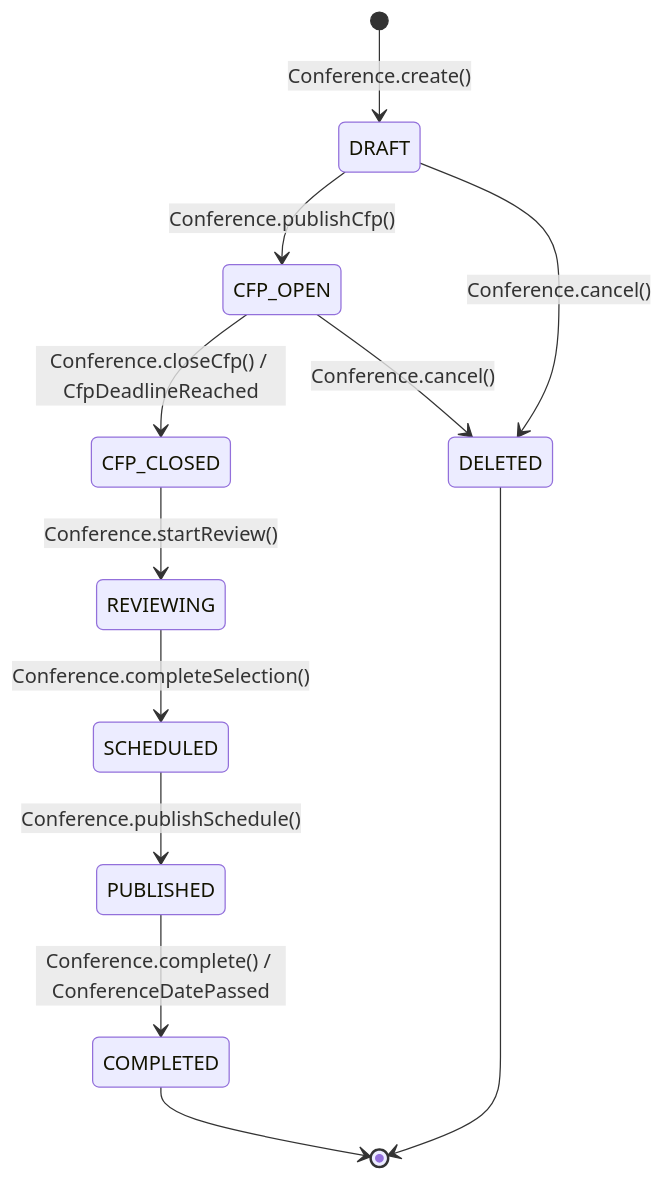
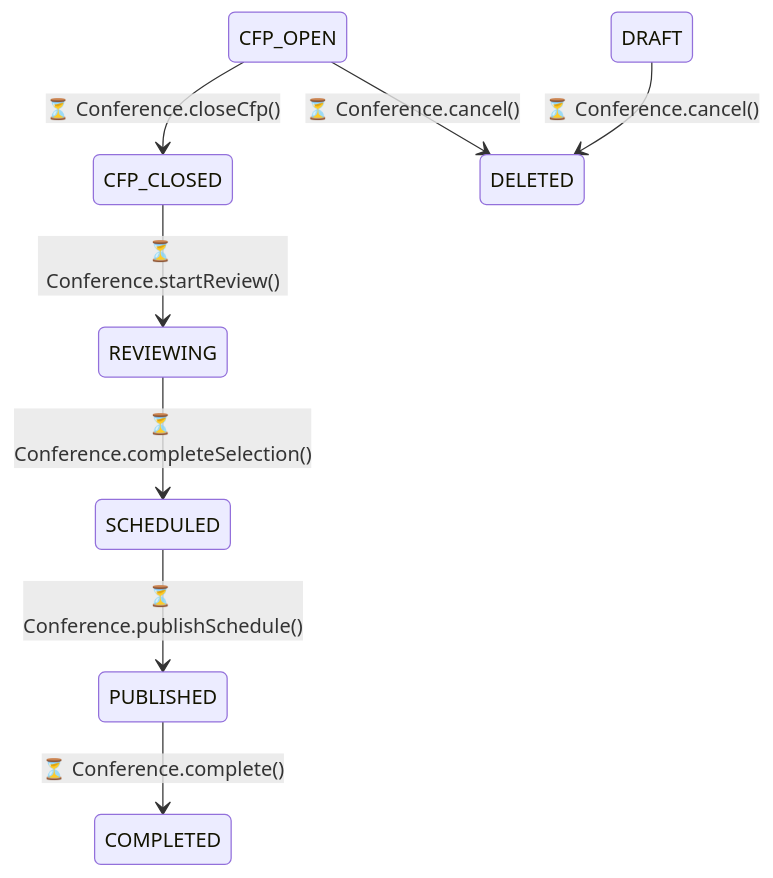
One commit to faparicior/SessioFlow changed the second of 2 diagrams in docs/product/bounded-contexts/conference/entities/conference.md. Above: the diagram before and after it, drawn with Mermaid. The commit also changed other lines of this file and 25 other files, not shown here.

````diff
--- a/docs/product/bounded-contexts/conference/entities/conference.md
+++ b/docs/product/bounded-contexts/conference/entities/conference.md
@@ -63,15 +102,10 @@
 ```mermaid
 stateDiagram-v2
-    [*] --> DRAFT : Conference.create()
-    DRAFT --> CFP_OPEN : Conference.publishCfp()
-    CFP_OPEN --> CFP_CLOSED : Conference.closeCfp() / CfpDeadlineReached
-    CFP_CLOSED --> REVIEWING : Conference.startReview()
-    REVIEWING --> SCHEDULED : Conference.completeSelection()
-    SCHEDULED --> PUBLISHED : Conference.publishSchedule()
-    PUBLISHED --> COMPLETED : Conference.complete() / ConferenceDatePassed
-    COMPLETED --> [*]
-    
-    DRAFT --> DELETED : Conference.cancel()
-    CFP_OPEN --> DELETED : Conference.cancel()
-    DELETED --> [*]
+    CFP_OPEN --> CFP_CLOSED : ⏳ Conference.closeCfp()
+    CFP_CLOSED --> REVIEWING : ⏳ Conference.startReview()
+    REVIEWING --> SCHEDULED : ⏳ Conference.completeSelection()
+    SCHEDULED --> PUBLISHED : ⏳ Conference.publishSchedule()
+    PUBLISHED --> COMPLETED : ⏳ Conference.complete()
+    DRAFT --> DELETED : ⏳ Conference.cancel()
+    CFP_OPEN --> DELETED : ⏳ Conference.cancel()
 ```
````
